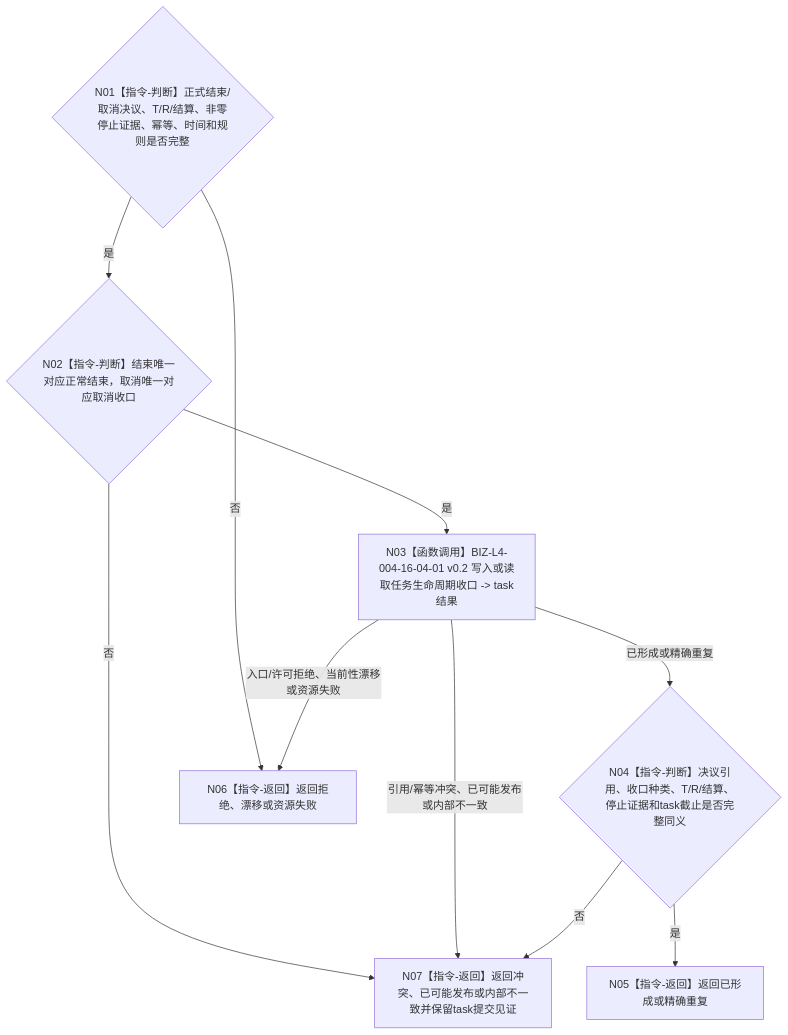
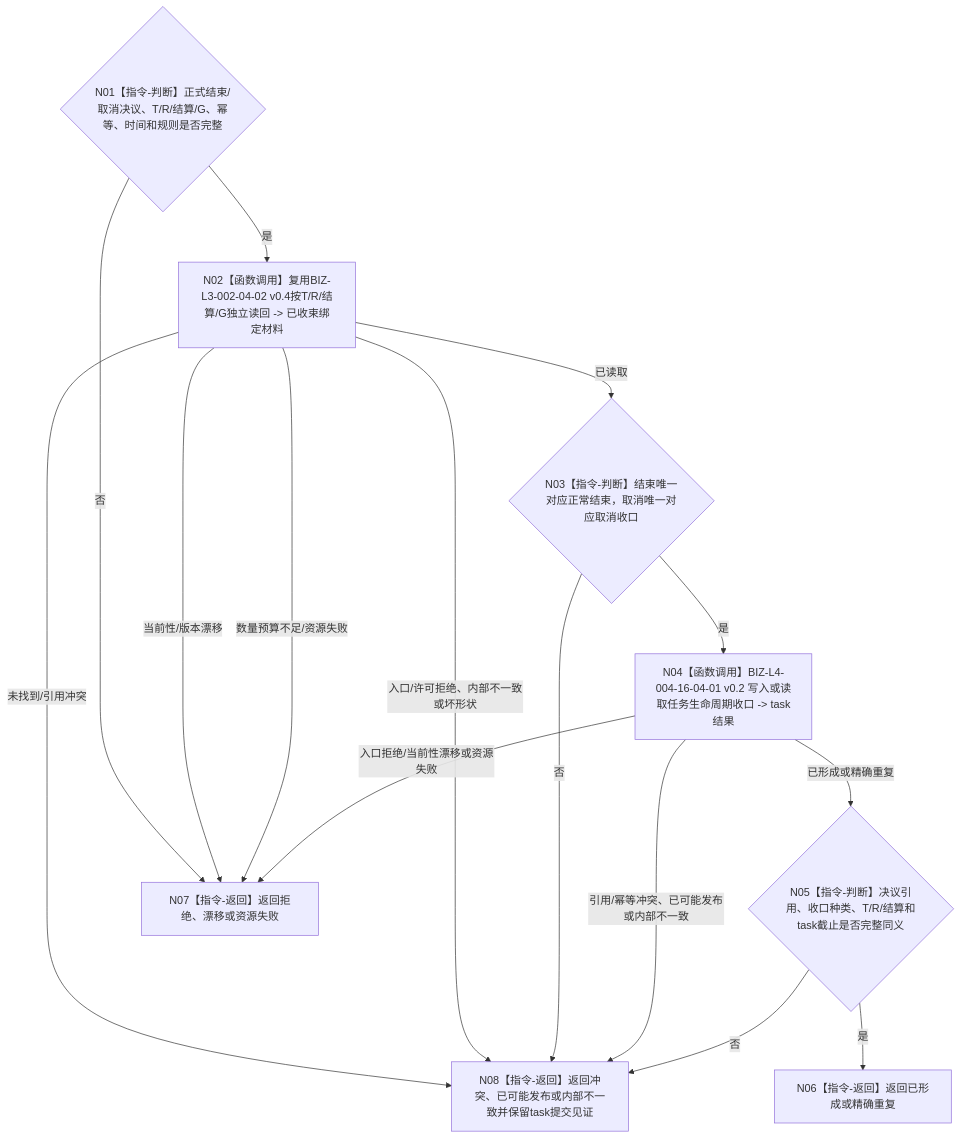
One commit to chunhaizh-cyber/HY-Ego changed the diagram in 流程图/目标业务流程图/L3/BIZ-L3-004-16-04_结束或取消分支收口任务生命周期_目标函数流程图_v0.2.md. Above: the diagram before and after it, drawn with Mermaid. The commit also changed other lines of this file and 24 other files, not shown here.

````diff
--- a/流程图/目标业务流程图/L3/BIZ-L3-004-16-04_结束或取消分支收口任务生命周期_目标函数流程图_v0.2.md
+++ b/流程图/目标业务流程图/L3/BIZ-L3-004-16-04_结束或取消分支收口任务生命周期_目标函数流程图_v0.2.md
@@ -32,20 +32,26 @@
 ```mermaid
 flowchart TD
-    N01{"N01【指令-判断】正式结束/取消决议、T/R/结算、非零停止证据、幂等、时间和规则是否完整"}
-    N02{"N02【指令-判断】结束唯一对应正常结束，取消唯一对应取消收口"}
-    N03["N03【函数调用】BIZ-L4-004-16-04-01 v0.2 写入或读取任务生命周期收口 -> task结果"]
-    N04{"N04【指令-判断】决议引用、收口种类、T/R/结算、停止证据和task截止是否完整同义"}
-    N05["N05【指令-返回】返回已形成或精确重复"]
-    N06["N06【指令-返回】返回拒绝、漂移或资源失败"]
-    N07["N07【指令-返回】返回冲突、已可能发布或内部不一致并保留task提交见证"]
+    N01{"N01【指令-判断】正式结束/取消决议、T/R/结算/G、幂等、时间和规则是否完整"}
+    N02["N02【函数调用】复用BIZ-L3-002-04-02 v0.4按T/R/结算/G独立读回 -> 已收束绑定材料"]
+    N03{"N03【指令-判断】结束唯一对应正常结束，取消唯一对应取消收口"}
+    N04["N04【函数调用】BIZ-L4-004-16-04-01 v0.2 写入或读取任务生命周期收口 -> task结果"]
+    N05{"N05【指令-判断】决议引用、收口种类、T/R/结算和task截止是否完整同义"}
+    N06["N06【指令-返回】返回已形成或精确重复"]
+    N07["N07【指令-返回】返回拒绝、漂移或资源失败"]
+    N08["N08【指令-返回】返回冲突、已可能发布或内部不一致并保留task提交见证"]
 
-    N01 -->|否| N06
+    N01 -->|否| N07
     N01 -->|是| N02
-    N02 -->|否| N07
-    N02 -->|是| N03
-    N03 -->|已形成或精确重复| N04
-    N03 -->|入口/许可拒绝、当前性漂移或资源失败| N06
-    N03 -->|引用/幂等冲突、已可能发布或内部不一致| N07
-    N04 -->|否| N07
-    N04 -->|是| N05
+    N02 -->|当前性/版本漂移| N07
+    N02 -->|数量预算不足/资源失败| N07
+    N02 -->|未找到/引用冲突| N08
+    N02 -->|入口/许可拒绝、内部不一致或坏形状| N08
+    N02 -->|已读取| N03
+    N03 -->|否| N08
+    N03 -->|是| N04
+    N04 -->|已形成或精确重复| N05
+    N04 -->|入口拒绝/当前性漂移或资源失败| N07
+    N04 -->|引用/幂等冲突、已可能发布或内部不一致| N08
+    N05 -->|否| N08
+    N05 -->|是| N06
 ```
````
